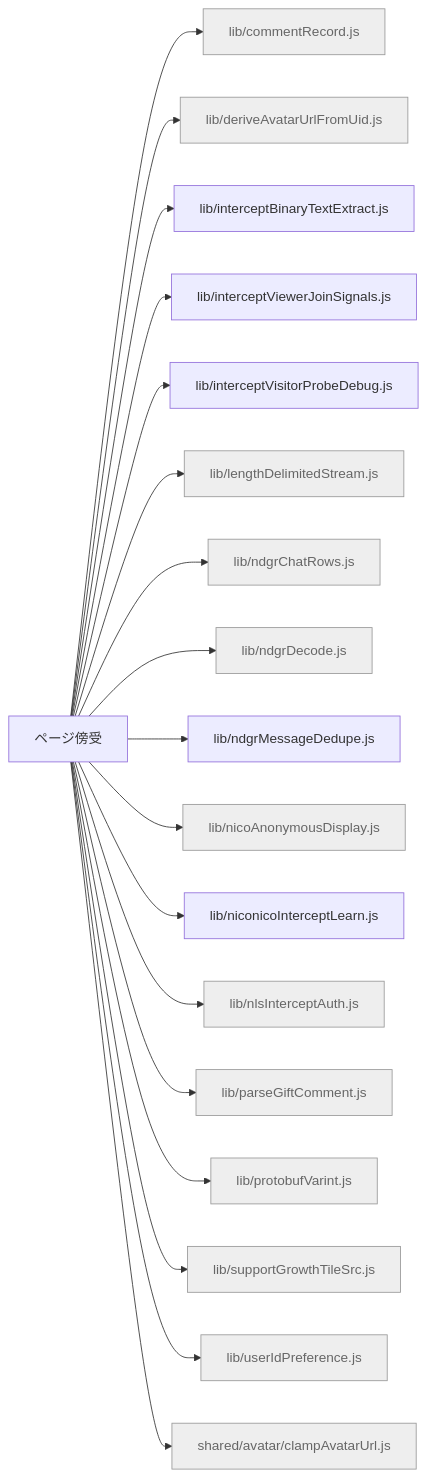
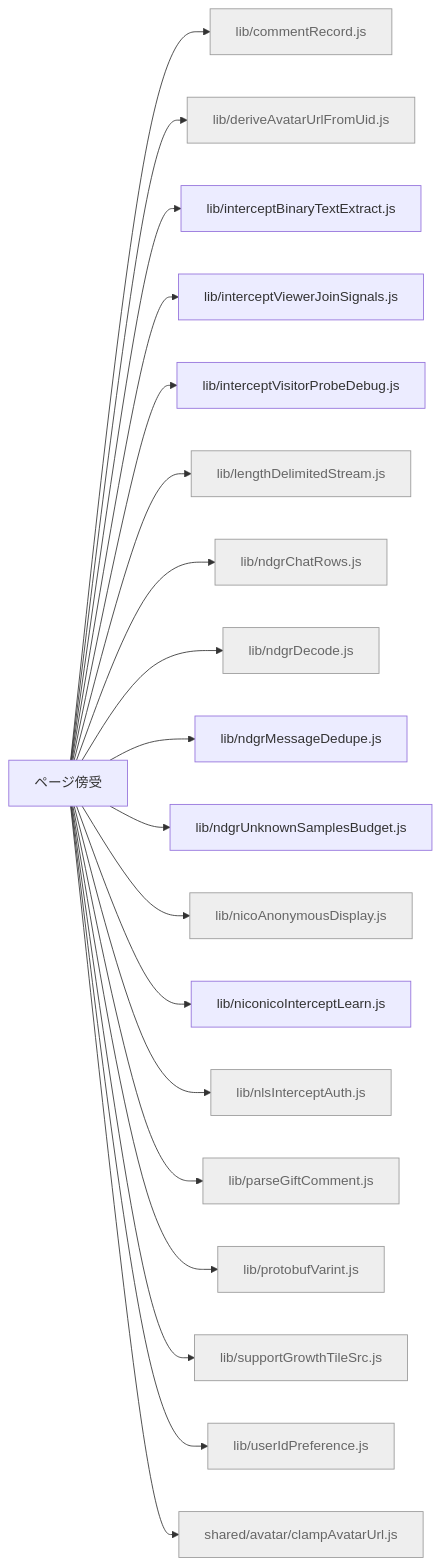
One commit to kimito-link/tsuioku-no-kirameki.com changed the diagram in docs/feature-map/page-intercept.md. Above: the diagram before and after it, drawn with Mermaid. The commit also changed 20 other files, not shown here.

````diff
--- a/docs/feature-map/page-intercept.md
+++ b/docs/feature-map/page-intercept.md
@@ -13,22 +13,23 @@
 ```mermaid
 graph LR
   n_page_intercept["ページ傍受"]
   n_page_intercept --> n_src_lib_commentRecord_js["lib/commentRecord.js"]:::shared
   n_page_intercept --> n_src_lib_deriveAvatarUrlFromUid_js["lib/deriveAvatarUrlFromUid.js"]:::shared
   n_page_intercept --> n_src_lib_interceptBinaryTextExtract_js["lib/interceptBinaryTextExtract.js"]
   n_page_intercept --> n_src_lib_interceptViewerJoinSignals_js["lib/interceptViewerJoinSignals.js"]
   n_page_intercept --> n_src_lib_interceptVisitorProbeDebug_js["lib/interceptVisitorProbeDebug.js"]
   n_page_intercept --> n_src_lib_lengthDelimitedStream_js["lib/lengthDelimitedStream.js"]:::shared
   n_page_intercept --> n_src_lib_ndgrChatRows_js["lib/ndgrChatRows.js"]:::shared
   n_page_intercept --> n_src_lib_ndgrDecode_js["lib/ndgrDecode.js"]:::shared
   n_page_intercept --> n_src_lib_ndgrMessageDedupe_js["lib/ndgrMessageDedupe.js"]
+  n_page_intercept --> n_src_lib_ndgrUnknownSamplesBudget_js["lib/ndgrUnknownSamplesBudget.js"]
   n_page_intercept --> n_src_lib_nicoAnonymousDisplay_js["lib/nicoAnonymousDisplay.js"]:::shared
   n_page_intercept --> n_src_lib_niconicoInterceptLearn_js["lib/niconicoInterceptLearn.js"]
   n_page_intercept --> n_src_lib_nlsInterceptAuth_js["lib/nlsInterceptAuth.js"]:::shared
   n_page_intercept --> n_src_lib_parseGiftComment_js["lib/parseGiftComment.js"]:::shared
   n_page_intercept --> n_src_lib_protobufVarint_js["lib/protobufVarint.js"]:::shared
   n_page_intercept --> n_src_lib_supportGrowthTileSrc_js["lib/supportGrowthTileSrc.js"]:::shared
   n_page_intercept --> n_src_lib_userIdPreference_js["lib/userIdPreference.js"]:::shared
   n_page_intercept --> n_src_shared_avatar_clampAvatarUrl_js["shared/avatar/clampAvatarUrl.js"]:::shared
   classDef shared fill:#eee,stroke:#999,color:#666;
 ```
````
